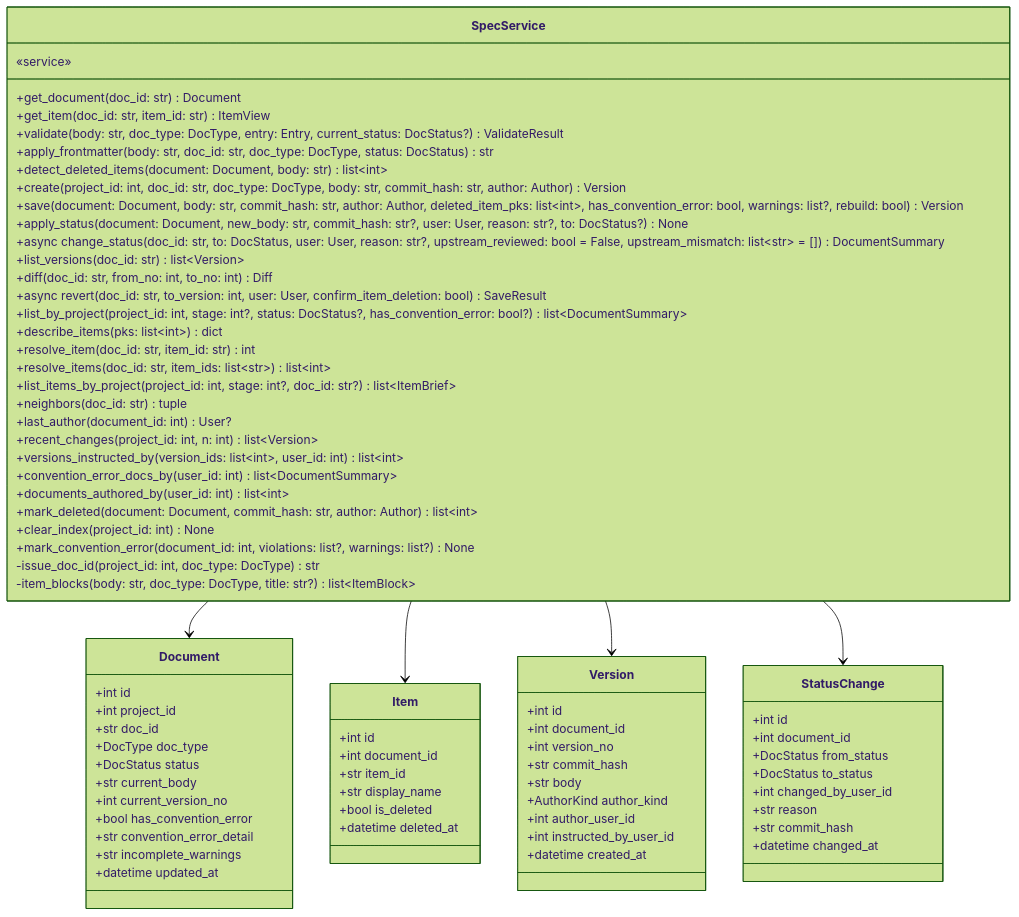
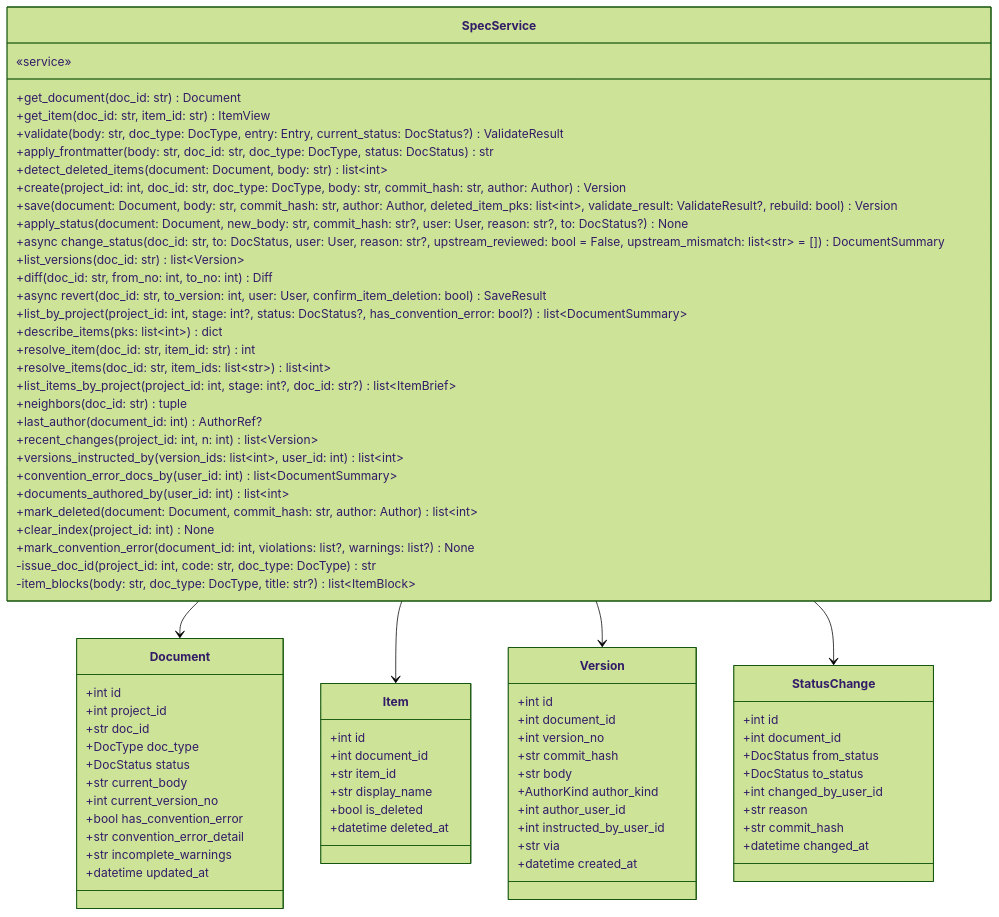
Diagram 16 of 20 in docs/specs/DOM/SYNC-DOM-002.md (HoyoungParkme/syncdoc), drawn with Mermaid (forest theme) before and after one commit. The commit also changed other lines of this file, not shown here.

First line of the commit message:
spec(SYNC-DOM-002): 1장 core/markdown.py, Version.via, 2.8 AuthorRef·Document DTO, save·last_author·issue_doc_id 시그니처, users_by_ids

````diff
--- a/docs/specs/DOM/SYNC-DOM-002.md
+++ b/docs/specs/DOM/SYNC-DOM-002.md
@@ -535,80 +540,81 @@
 ```mermaid
 classDiagram
     class SpecService {
         «service»
         +get_document(doc_id: str) Document
         +get_item(doc_id: str, item_id: str) ItemView
         +validate(body: str, doc_type: DocType, entry: Entry, current_status: DocStatus?) ValidateResult
         +apply_frontmatter(body: str, doc_id: str, doc_type: DocType, status: DocStatus) str
         +detect_deleted_items(document: Document, body: str) list~int~
         +create(project_id: int, doc_id: str, doc_type: DocType, body: str, commit_hash: str, author: Author) Version
-        +save(document: Document, body: str, commit_hash: str, author: Author, deleted_item_pks: list~int~, has_convention_error: bool, warnings: list?, rebuild: bool) Version
+        +save(document: Document, body: str, commit_hash: str, author: Author, deleted_item_pks: list~int~, validate_result: ValidateResult?, rebuild: bool) Version
         +apply_status(document: Document, new_body: str, commit_hash: str?, user: User, reason: str?, to: DocStatus?) None
         +async change_status(doc_id: str, to: DocStatus, user: User, reason: str?, upstream_reviewed: bool = False, upstream_mismatch: list~str~ = []) DocumentSummary
         +list_versions(doc_id: str) list~Version~
         +diff(doc_id: str, from_no: int, to_no: int) Diff
         +async revert(doc_id: str, to_version: int, user: User, confirm_item_deletion: bool) SaveResult
         +list_by_project(project_id: int, stage: int?, status: DocStatus?, has_convention_error: bool?) list~DocumentSummary~
         +describe_items(pks: list~int~) dict
         +resolve_item(doc_id: str, item_id: str) int
         +resolve_items(doc_id: str, item_ids: list~str~) list~int~
         +list_items_by_project(project_id: int, stage: int?, doc_id: str?) list~ItemBrief~
         +neighbors(doc_id: str) tuple
-        +last_author(document_id: int) User?
+        +last_author(document_id: int) AuthorRef?
         +recent_changes(project_id: int, n: int) list~Version~
         +versions_instructed_by(version_ids: list~int~, user_id: int) list~int~
         +convention_error_docs_by(user_id: int) list~DocumentSummary~
         +documents_authored_by(user_id: int) list~int~
         +mark_deleted(document: Document, commit_hash: str, author: Author) list~int~
         +clear_index(project_id: int) None
         +mark_convention_error(document_id: int, violations: list?, warnings: list?) None
-        -issue_doc_id(project_id: int, doc_type: DocType) str
+        -issue_doc_id(project_id: int, code: str, doc_type: DocType) str
         -item_blocks(body: str, doc_type: DocType, title: str?) list~ItemBlock~
     }
     class Document {
         +int id
         +int project_id
         +str doc_id
         +DocType doc_type
         +DocStatus status
         +str current_body
         +int current_version_no
         +bool has_convention_error
         +str convention_error_detail
         +str incomplete_warnings
         +datetime updated_at
     }
     class Item {
         +int id
         +int document_id
         +str item_id
         +str display_name
         +bool is_deleted
         +datetime deleted_at
     }
     class Version {
         +int id
         +int document_id
         +int version_no
         +str commit_hash
         +str body
         +AuthorKind author_kind
         +int author_user_id
         +int instructed_by_user_id
+        +str via
         +datetime created_at
     }
     class StatusChange {
         +int id
         +int document_id
         +DocStatus from_status
         +DocStatus to_status
         +int changed_by_user_id
         +str reason
         +str commit_hash
         +datetime changed_at
     }
     SpecService --> Document
     SpecService --> Item
     SpecService --> Version
     SpecService --> StatusChange
 ```
````
